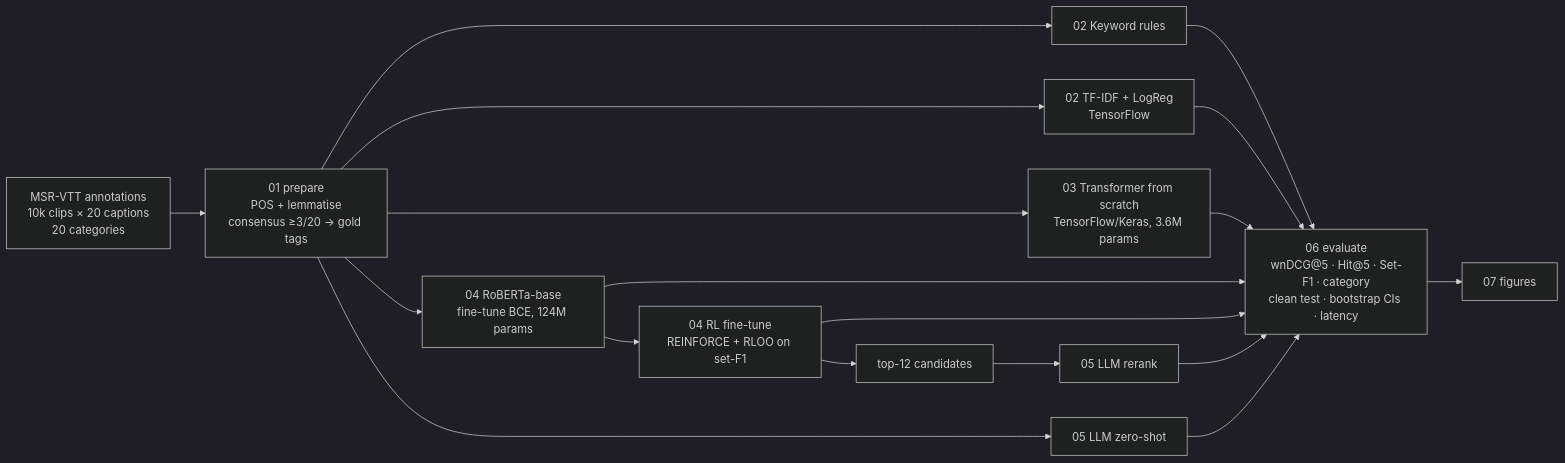
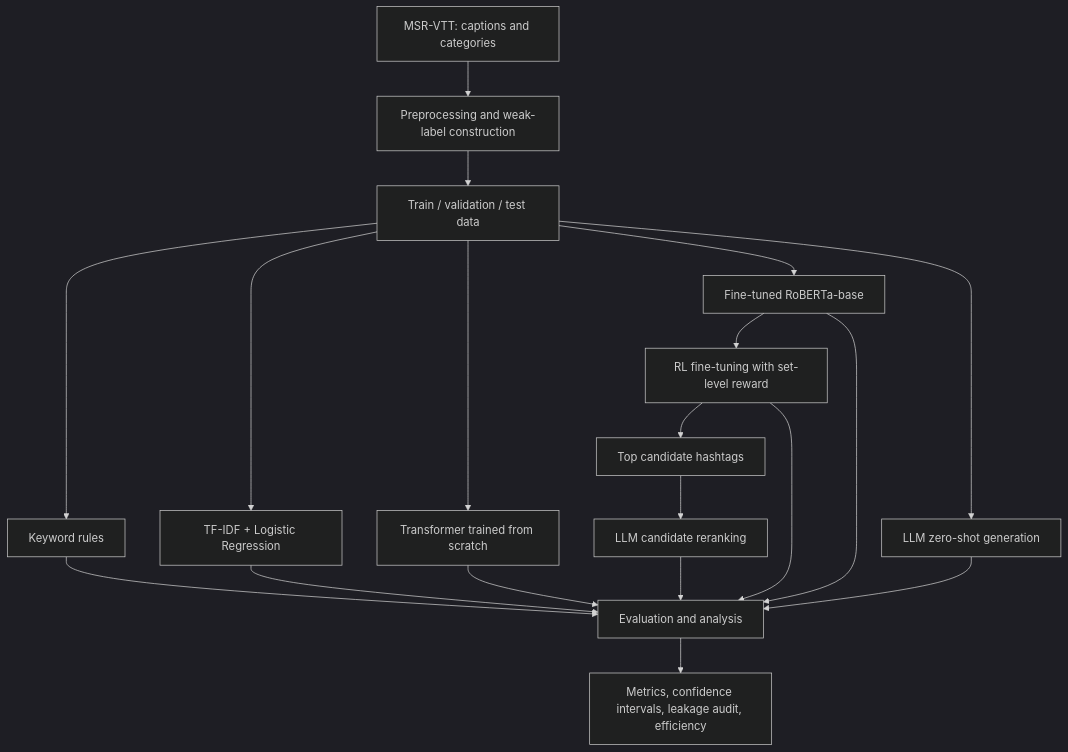
One commit to phongvo2006-dev/video_hashtag_llm_Phase-1 changed the diagram in README.md. Above: the diagram before and after it, drawn with Mermaid (dark theme). The commit also changed other lines of this file and 3 other files, not shown here.

````diff
--- a/README.md
+++ b/README.md
@@ -79,14 +124,21 @@
-```mermaid
-flowchart LR
-    A[MSR-VTT annotations<br/>10k clips × 20 captions<br/>20 categories] --> B[01 prepare<br/>POS + lemmatise<br/>consensus ≥3/20 → gold tags]
-    B --> C0[02 Keyword rules]
-    B --> C1[02 TF-IDF + LogReg<br/>TensorFlow]
-    B --> C2[03 Transformer from scratch<br/>TensorFlow/Keras, 3.6M params]
-    B --> R1[04 RoBERTa-base<br/>fine-tune BCE, 124M params]
-    R1 --> R2[04 RL fine-tune<br/>REINFORCE + RLOO on set-F1]
-    R2 --> E[top-12 candidates]
-    E --> F[05 LLM rerank]
-    B --> G[05 LLM zero-shot]
-    C0 & C1 & C2 & R1 & R2 & F & G --> H[06 evaluate<br/>wnDCG@5 · Hit@5 · Set-F1 · category<br/>clean test · bootstrap CIs · latency]
-    H --> I[07 figures]
+``` mermaid
+flowchart TD
+    A[MSR-VTT: captions and categories] --> B[Preprocessing and weak-label construction]
+    B --> C[Train / validation / test data]
+    C --> D1[Keyword rules]
+    C --> D2[TF-IDF + Logistic Regression]
+    C --> D3[Transformer trained from scratch]
+    C --> D4[Fine-tuned RoBERTa-base]
+    D4 --> E[RL fine-tuning with set-level reward]
+    E --> F[Top candidate hashtags]
+    C --> G[LLM zero-shot generation]
+    F --> H[LLM candidate reranking]
+    D1 --> I[Evaluation and analysis]
+    D2 --> I
+    D3 --> I
+    D4 --> I
+    E --> I
+    G --> I
+    H --> I
+    I --> J[Metrics, confidence intervals, leakage audit, efficiency]
 ```
````
